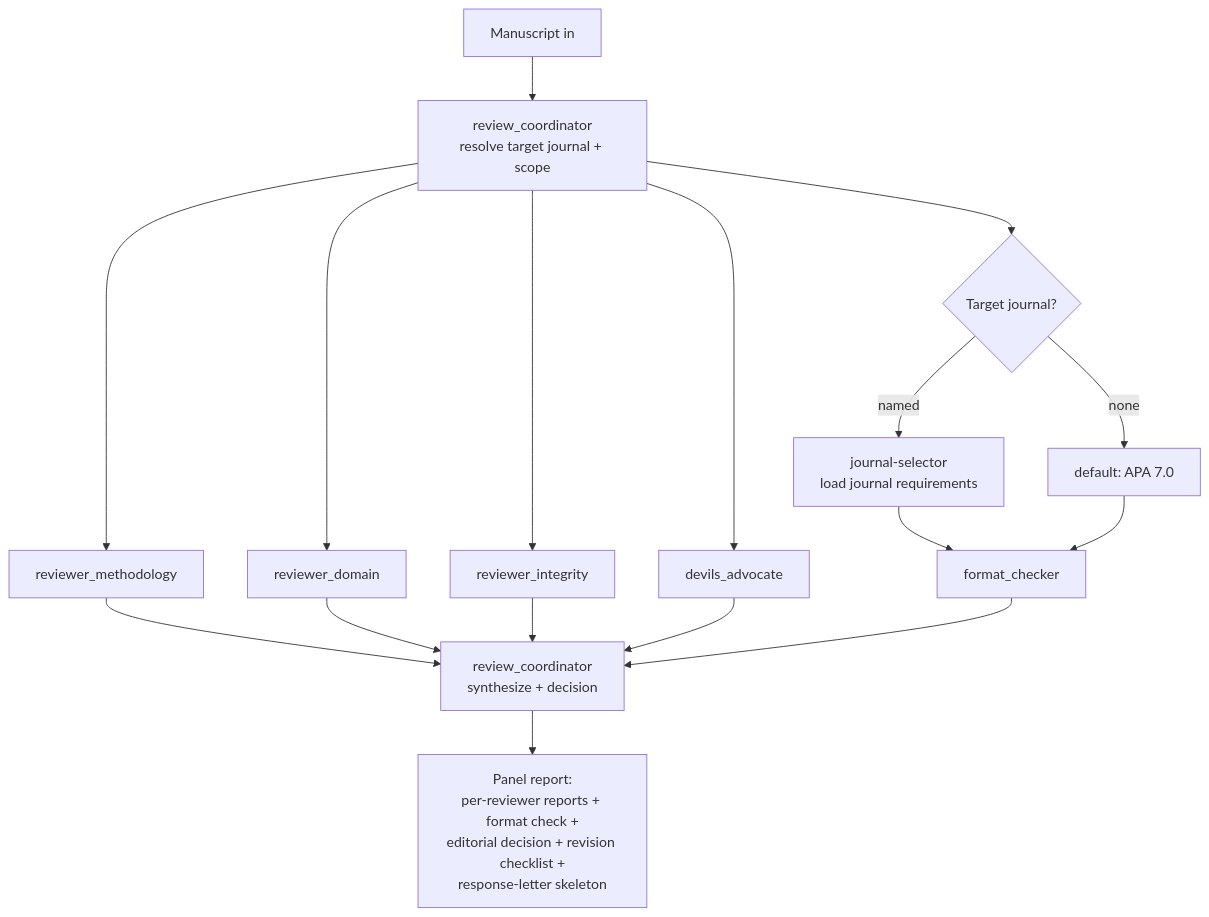
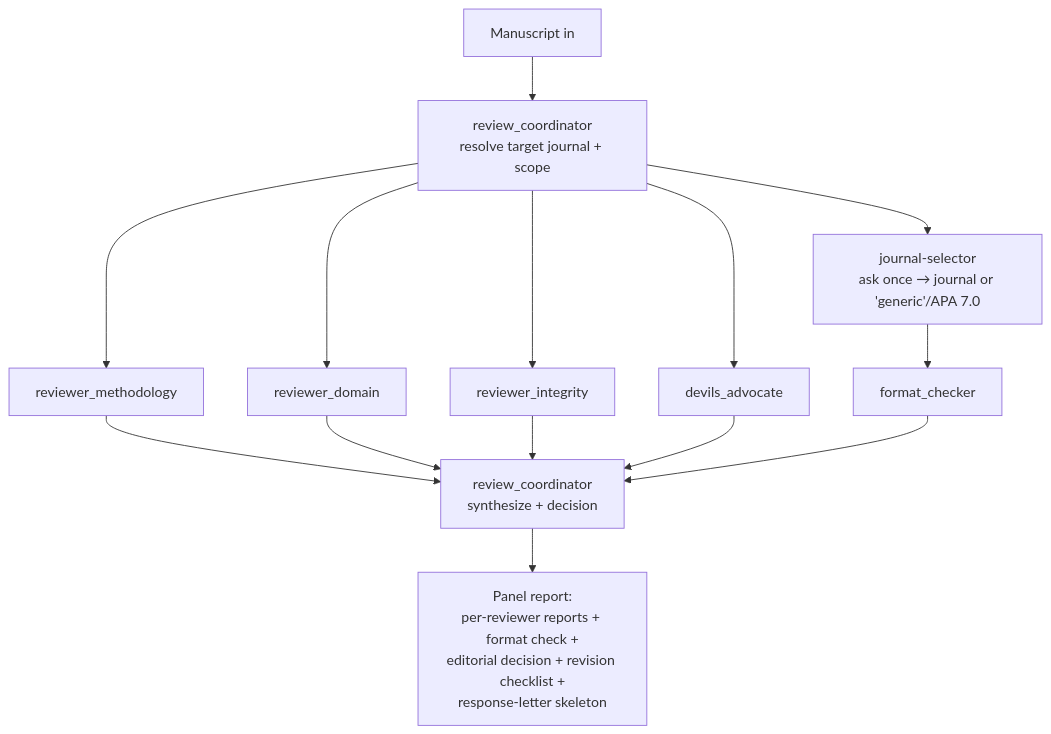
Before and after one commit to yaoxkkkkk/academic-skills-food-nutrition: the diagram in food-review/SKILL.md, drawn with Mermaid. The commit also changed other lines of this file and 12 other files, not shown here.

First line of the commit message:
Prompt for target journal once, then persist (v1.27.0)

````diff
--- a/food-review/SKILL.md
+++ b/food-review/SKILL.md
@@ -39,19 +39,16 @@
 ```mermaid
 flowchart TD
     A[Manuscript in] --> B[review_coordinator<br/>resolve target journal + scope]
-    B --> J{Target journal?}
-    J -- named --> JS[journal-selector<br/>load journal requirements]
-    J -- none --> AP[default: APA 7.0]
+    B --> JS[journal-selector<br/>ask once → journal or 'generic'/APA 7.0]
     B --> R1[reviewer_methodology]
     B --> R2[reviewer_domain]
     B --> R3[reviewer_integrity]
     B --> R4[devils_advocate]
     JS --> FC[format_checker]
-    AP --> FC
     R1 --> C[review_coordinator<br/>synthesize + decision]
     R2 --> C
     R3 --> C
     R4 --> C
     FC --> C
     C --> O[Panel report:<br/>per-reviewer reports + format check +<br/>editorial decision + revision checklist +<br/>response-letter skeleton]
 ```
````
